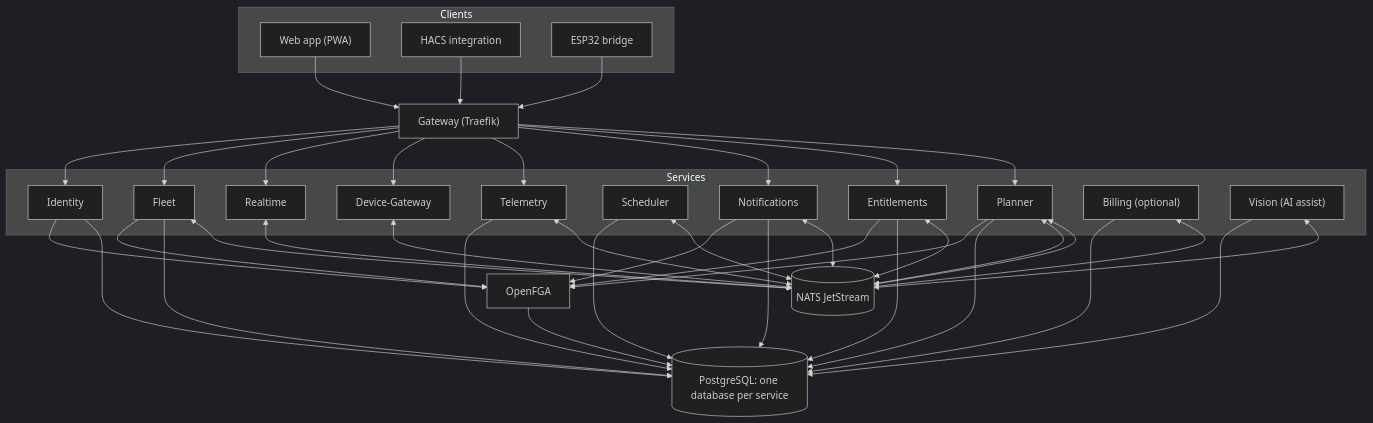
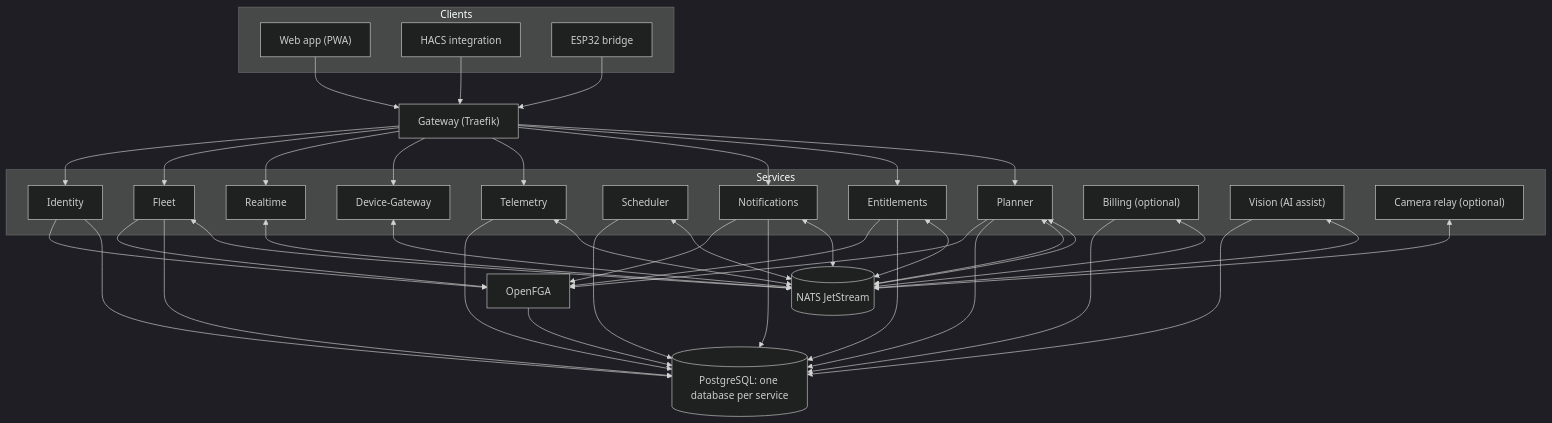
Before and after one commit to lukislp/mowdeck: the diagram in docs/architecture/05-building-blocks.md, drawn with Mermaid (dark theme). The commit also changed other lines of this file and 4 other files, not shown here.

First line of the commit message:
docs: camera relay step 3 implemented (ADR 0045)

````diff
--- a/docs/architecture/05-building-blocks.md
+++ b/docs/architecture/05-building-blocks.md
@@ -5,66 +5,68 @@
 ```mermaid
 flowchart TB
     subgraph clients["Clients"]
         app["Web app (PWA)"]
         hacs["HACS integration"]
         bridge["ESP32 bridge"]
     end
 
     gw["Gateway (Traefik)"]
 
     subgraph services["Services"]
         identity["Identity"]
         fleet["Fleet"]
         dgw["Device-Gateway"]
         telemetry["Telemetry"]
         realtime["Realtime"]
         scheduler["Scheduler"]
         planner["Planner"]
         notif["Notifications"]
         entitle["Entitlements"]
         billing["Billing (optional)"]
         vision["Vision (AI assist)"]
+        relay["Camera relay (optional)"]
     end
 
     nats[("NATS JetStream")]
     fga["OpenFGA"]
     pg[("PostgreSQL: one database per service")]
 
     app --> gw
     hacs --> gw
     bridge --> gw
     gw --> identity
     gw --> fleet
     gw --> realtime
     gw --> dgw
     gw --> telemetry
     gw --> notif
     gw --> entitle
     gw --> planner
     identity --> fga
     entitle --> fga
     planner --> fga
     fleet --> fga
     notif --> fga
     fga --> pg
     identity --> pg
     fleet --> pg
     telemetry --> pg
     scheduler --> pg
     notif --> pg
     entitle --> pg
     planner --> pg
     billing --> pg
     vision --> pg
     fleet <--> nats
     dgw <--> nats
     telemetry <--> nats
     realtime <--> nats
     scheduler <--> nats
     notif <--> nats
     billing <--> nats
     planner <--> nats
     vision <--> nats
+    relay <--> nats
     entitle <--> nats
     planner <--> nats
 ```
````
